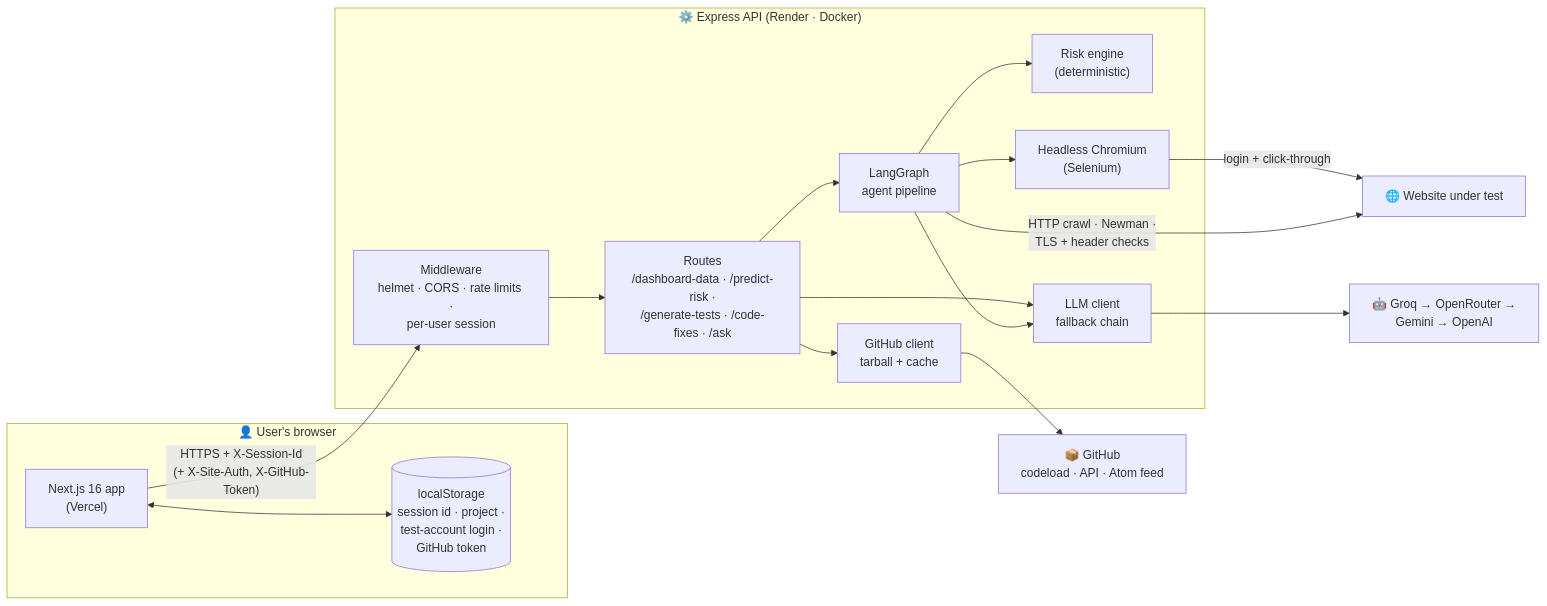
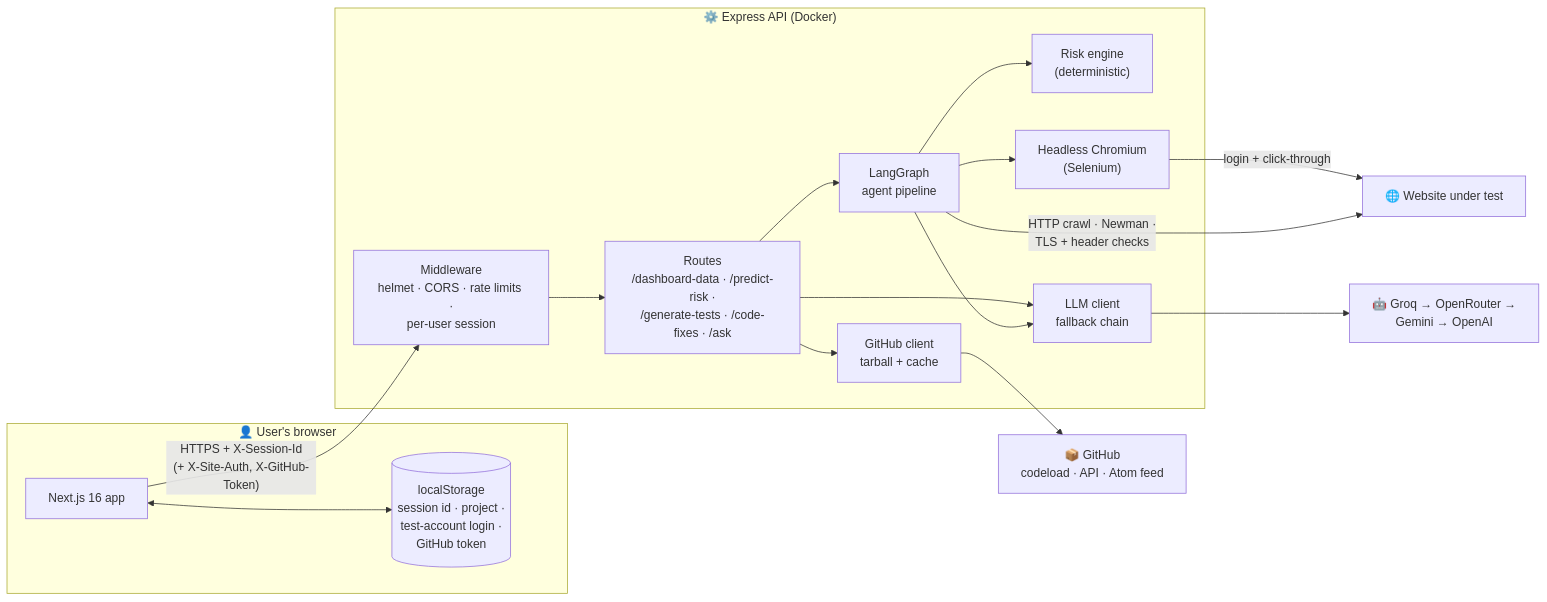
The first of 3 diagrams in README.md (Shane-3/AI-Tester-Agent), drawn with Mermaid before and after one commit. The commit also changed other lines of this file, not shown here.

````diff
--- a/README.md
+++ b/README.md
@@ -32,34 +31,34 @@
 ```mermaid
 flowchart LR
     subgraph Browser["👤 User's browser"]
-        UI["Next.js 16 app<br/>(Vercel)"]
+        UI["Next.js 16 app"]
         LS[("localStorage<br/>session id · project ·<br/>test-account login ·<br/>GitHub token")]
         UI <--> LS
     end
 
-    subgraph API["⚙️ Express API (Render · Docker)"]
+    subgraph API["⚙️ Express API (Docker)"]
         MW["Middleware<br/>helmet · CORS · rate limits ·<br/>per-user session"]
         R["Routes<br/>/dashboard-data · /predict-risk ·<br/>/generate-tests · /code-fixes · /ask"]
         G["LangGraph<br/>agent pipeline"]
         RE["Risk engine<br/>(deterministic)"]
         LLM["LLM client<br/>fallback chain"]
         GH["GitHub client<br/>tarball + cache"]
         CH["Headless Chromium<br/>(Selenium)"]
         MW --> R --> G
         G --> RE
         G --> LLM
         G --> CH
         R --> GH
         R --> LLM
     end
 
     Site["🌐 Website under test"]
     Repo["📦 GitHub<br/>codeload · API · Atom feed"]
     AI["🤖 Groq → OpenRouter →<br/>Gemini → OpenAI"]
 
     UI -- "HTTPS + X-Session-Id<br/>(+ X-Site-Auth, X-GitHub-Token)" --> MW
     G -- "HTTP crawl · Newman ·<br/>TLS + header checks" --> Site
     CH -- "login + click-through" --> Site
     GH --> Repo
     LLM --> AI
 ```
````
